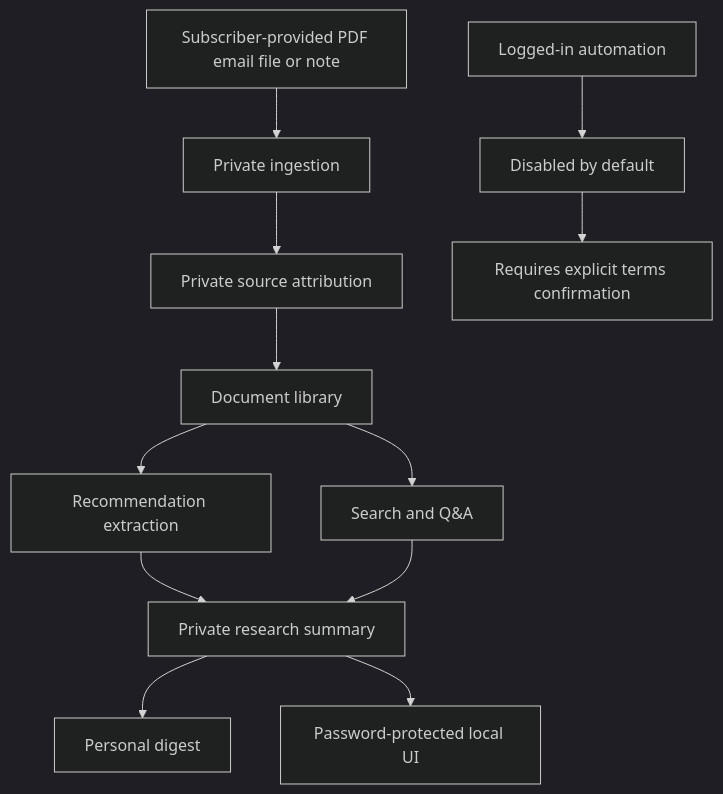
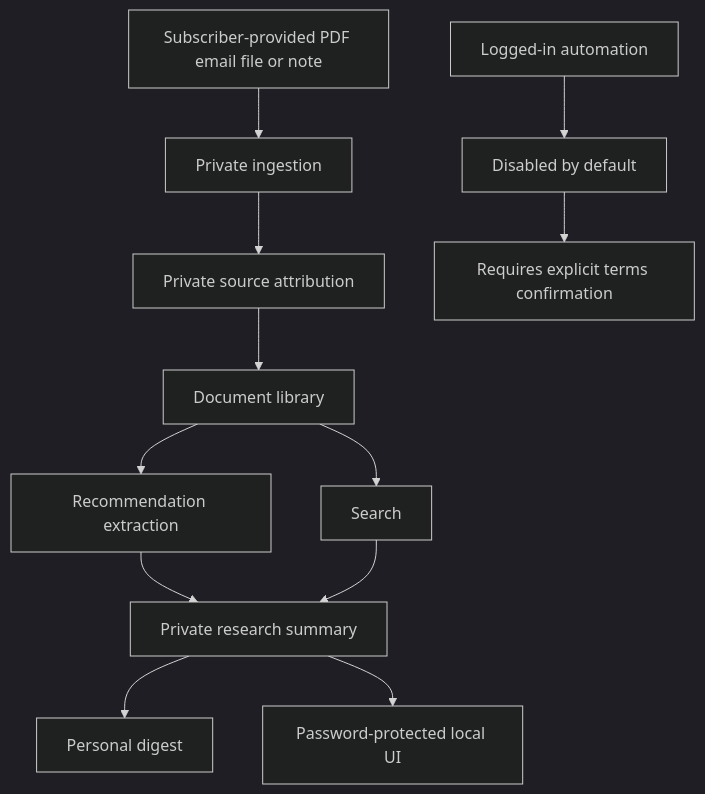
The diagram in docs/private-research-architecture.md (tazreimers/flying-the-radar), drawn with Mermaid (dark theme) before and after one commit. The commit also changed other lines of this file and 6 other files, not shown here.

````diff
--- a/docs/private-research-architecture.md
+++ b/docs/private-research-architecture.md
@@ -33,14 +33,14 @@
 ```mermaid
 flowchart TD
     A[Subscriber-provided PDF email file or note] --> B[Private ingestion]
     B --> C[Private source attribution]
     C --> D[Document library]
     D --> E[Recommendation extraction]
-    D --> F[Search and Q&A]
+    D --> F[Search]
     E --> G[Private research summary]
     F --> G
     G --> H[Personal digest]
     G --> I[Password-protected local UI]
     J[Logged-in automation] --> K[Disabled by default]
     K --> L[Requires explicit terms confirmation]
 ```
````
